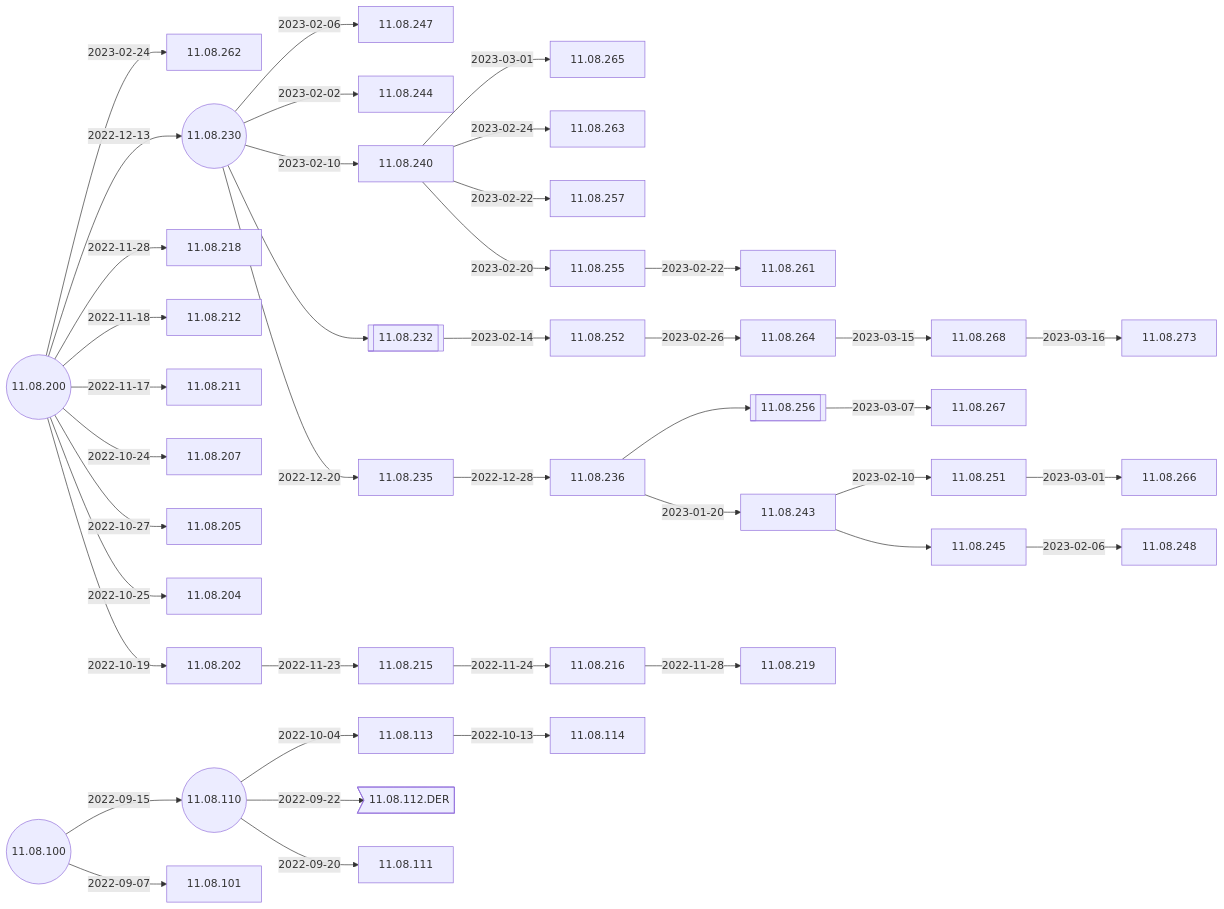
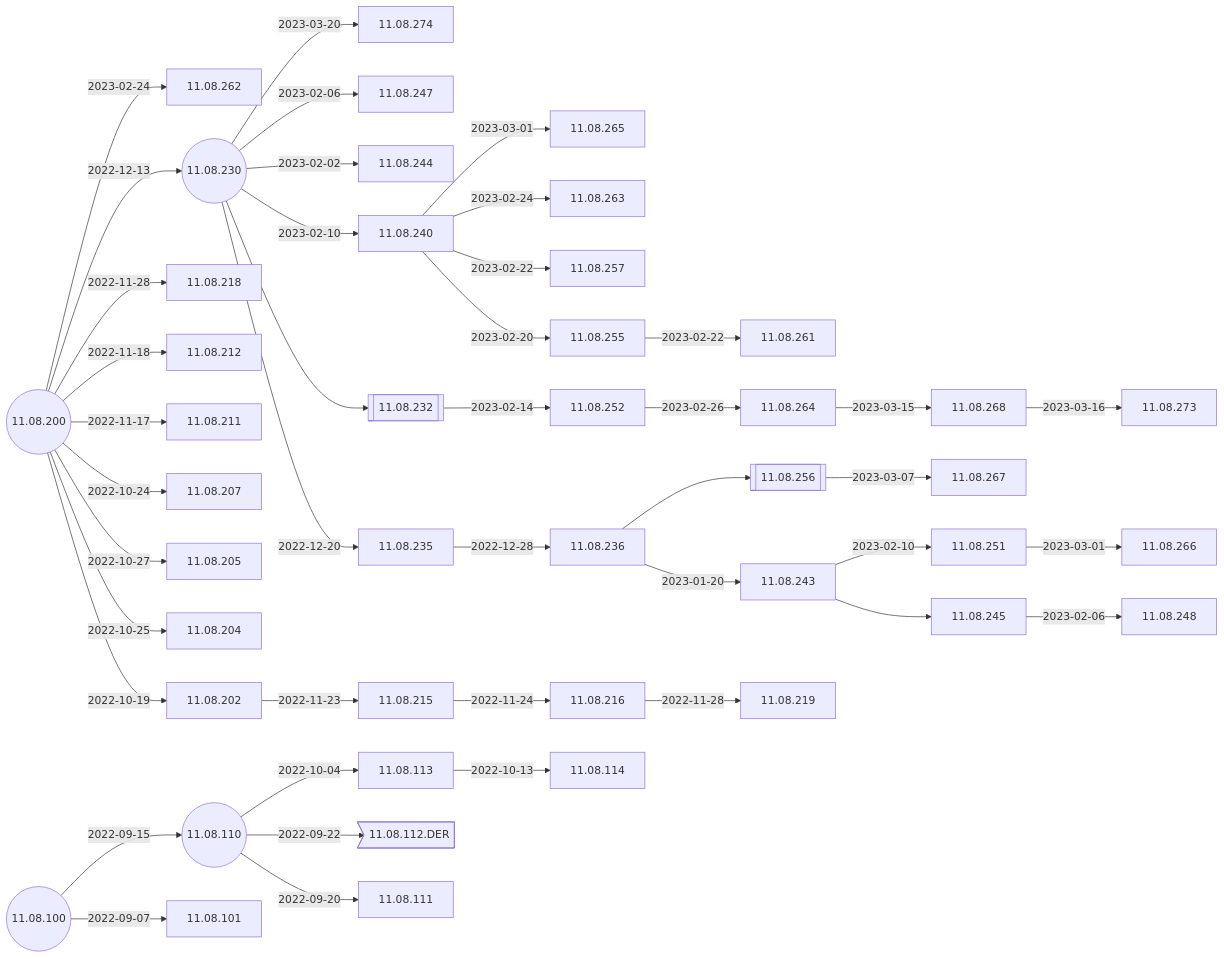
Before and after one commit to IGEL-Community/IGEL-Docs-v02: the second of 4 diagrams in docs/Docs/ReleaseNotes/01-OS11/README.md, drawn with Mermaid. The commit also changed 2 other files, not shown here.

Commit message:
11.08.274 <- 11.08.230 (RDP/IGEL RDP Client 2)

````diff
--- a/docs/Docs/ReleaseNotes/01-OS11/README.md
+++ b/docs/Docs/ReleaseNotes/01-OS11/README.md
@@ -39,59 +39,61 @@
 ```mermaid
 flowchart LR
+    11.08.230-- 2023-03-20 -->11.08.274
     11.08.236-->11.08.256[[11.08.256]]-- 2023-03-07 -->11.08.267
     11.08.240-- 2023-03-01 -->11.08.265 
     11.08.252-- 2023-02-26 -->11.08.264-- 2023-03-15 -->11.08.268-- 2023-03-16 -->11.08.273
     11.08.200-- 2023-02-24 -->11.08.262
     11.08.243-- 2023-02-10 -->11.08.251-- 2023-03-01 -->11.08.266
     11.08.230-- 2023-02-06 -->11.08.247
     11.08.230-- 2023-02-02 -->11.08.244
     11.08.240-- 2023-02-24 -->11.08.263
     11.08.240-- 2023-02-22 -->11.08.257
     11.08.240-- 2023-02-20 -->11.08.255-- 2023-02-22 -->11.08.261
     11.08.230-- 2023-02-10 -->11.08.240
     11.08.230((11.08.230))-->11.08.232[[11.08.232]]-- 2023-02-14 -->11.08.252
     11.08.200-- 2022-12-13 -->11.08.230-- 2022-12-20 -->11.08.235-- 2022-12-28 -->11.08.236-- 2023-01-20 -->11.08.243-->11.08.245-- 2023-02-06 -->11.08.248
     11.08.200-- 2022-11-28 -->11.08.218
     11.08.200-- 2022-11-18 -->11.08.212
     11.08.200-- 2022-11-17 -->11.08.211
     11.08.200-- 2022-10-24 -->11.08.207
     11.08.200-- 2022-10-27 -->11.08.205
     11.08.200-- 2022-10-25 -->11.08.204
     11.08.200((11.08.200))-- 2022-10-19 -->11.08.202-- 2022-11-23 -->11.08.215-- 2022-11-24 -->11.08.216-- 2022-11-28 -->11.08.219
     11.08.110-- 2022-10-04 -->11.08.113-- 2022-10-13 -->11.08.114
     11.08.110((11.08.110))-- 2022-09-22 -->11.08.112.DER>11.08.112.DER]
     11.08.100-- 2022-09-15 -->11.08.110-- 2022-09-20 -->11.08.111
     11.08.100((11.08.100))-- 2022-09-07 -->11.08.101
+    click 11.08.274 "https://github.com/IGEL-Community/IGEL-Docs-v02/tree/main/docs/Docs/ReleaseNotes/01-OS11/readme11.08.274.txt" _blank
     click 11.08.273 "https://github.com/IGEL-Community/IGEL-Docs-v02/tree/main/docs/Docs/ReleaseNotes/01-OS11/readme11.08.273.txt" _blank
     click 11.08.268 "https://github.com/IGEL-Community/IGEL-Docs-v02/tree/main/docs/Docs/ReleaseNotes/01-OS11/readme11.08.268.txt" _blank
     click 11.08.267 "https://github.com/IGEL-Community/IGEL-Docs-v02/tree/main/docs/Docs/ReleaseNotes/01-OS11/readme11.08.267.txt" _blank
     click 11.08.266 "https://github.com/IGEL-Community/IGEL-Docs-v02/tree/main/docs/Docs/ReleaseNotes/01-OS11/readme11.08.266.txt" _blank
     click 11.08.265 "https://github.com/IGEL-Community/IGEL-Docs-v02/tree/main/docs/Docs/ReleaseNotes/01-OS11/readme11.08.265.txt" _blank
     click 11.08.264 "https://github.com/IGEL-Community/IGEL-Docs-v02/tree/main/docs/Docs/ReleaseNotes/01-OS11/readme11.08.264.txt" _blank
     click 11.08.263 "https://github.com/IGEL-Community/IGEL-Docs-v02/tree/main/docs/Docs/ReleaseNotes/01-OS11/readme11.08.263.txt" _blank
     click 11.08.262 "https://github.com/IGEL-Community/IGEL-Docs-v02/tree/main/docs/Docs/ReleaseNotes/01-OS11/readme11.08.262.txt" _blank
     click 11.08.261 "https://github.com/IGEL-Community/IGEL-Docs-v02/tree/main/docs/Docs/ReleaseNotes/01-OS11/readme11.08.261.txt" _blank
     click 11.08.257 "https://github.com/IGEL-Community/IGEL-Docs-v02/tree/main/docs/Docs/ReleaseNotes/01-OS11/readme11.08.257.txt" _blank
     click 11.08.255 "https://github.com/IGEL-Community/IGEL-Docs-v02/tree/main/docs/Docs/ReleaseNotes/01-OS11/readme11.08.255.txt" _blank
     click 11.08.252 "https://github.com/IGEL-Community/IGEL-Docs-v02/tree/main/docs/Docs/ReleaseNotes/01-OS11/readme11.08.252.txt" _blank
     click 11.08.251 "https://github.com/IGEL-Community/IGEL-Docs-v02/tree/main/docs/Docs/ReleaseNotes/01-OS11/readme11.08.251.txt" _blank
     click 11.08.248 "https://github.com/IGEL-Community/IGEL-Docs-v02/tree/main/docs/Docs/ReleaseNotes/01-OS11/readme11.08.248.txt" _blank
     click 11.08.247 "https://github.com/IGEL-Community/IGEL-Docs-v02/tree/main/docs/Docs/ReleaseNotes/01-OS11/readme11.08.247.txt" _blank
     click 11.08.244 "https://github.com/IGEL-Community/IGEL-Docs-v02/tree/main/docs/Docs/ReleaseNotes/01-OS11/readme11.08.244.txt" _blank
     click 11.08.243 "https://github.com/IGEL-Community/IGEL-Docs-v02/tree/main/docs/Docs/ReleaseNotes/01-OS11/readme11.08.243.txt" _blank
     click 11.08.240 "https://github.com/IGEL-Community/IGEL-Docs-v02/tree/main/docs/Docs/ReleaseNotes/01-OS11/readme11.08.240.txt" _blank
     click 11.08.236 "https://github.com/IGEL-Community/IGEL-Docs-v02/tree/main/docs/Docs/ReleaseNotes/01-OS11/readme11.08.236.txt" _blank
     click 11.08.235 "https://github.com/IGEL-Community/IGEL-Docs-v02/tree/main/docs/Docs/ReleaseNotes/01-OS11/readme11.08.235.txt" _blank
     click 11.08.230 "https://github.com/IGEL-Community/IGEL-Docs-v02/tree/main/docs/Docs/ReleaseNotes/01-OS11/readme11.08.230.txt" _blank
     click 11.08.219 "https://github.com/IGEL-Community/IGEL-Docs-v02/tree/main/docs/Docs/ReleaseNotes/01-OS11/readme11.08.219.txt" _blank
     click 11.08.218 "https://github.com/IGEL-Community/IGEL-Docs-v02/tree/main/docs/Docs/ReleaseNotes/01-OS11/readme11.08.218.txt" _blank
     click 11.08.216 "https://github.com/IGEL-Community/IGEL-Docs-v02/tree/main/docs/Docs/ReleaseNotes/01-OS11/readme11.08.216.txt" _blank
     click 11.08.215 "https://github.com/IGEL-Community/IGEL-Docs-v02/tree/main/docs/Docs/ReleaseNotes/01-OS11/readme11.08.215.txt" _blank
     click 11.08.212 "https://github.com/IGEL-Community/IGEL-Docs-v02/tree/main/docs/Docs/ReleaseNotes/01-OS11/readme11.08.212.txt" _blank
     click 11.08.211 "https://github.com/IGEL-Community/IGEL-Docs-v02/tree/main/docs/Docs/ReleaseNotes/01-OS11/readme11.08.211.txt" _blank
     click 11.08.207 "https://github.com/IGEL-Community/IGEL-Docs-v02/tree/main/docs/Docs/ReleaseNotes/01-OS11/readme11.08.207.txt" _blank
     click 11.08.205 "https://github.com/IGEL-Community/IGEL-Docs-v02/tree/main/docs/Docs/ReleaseNotes/01-OS11/readme11.08.205.txt" _blank
     click 11.08.204 "https://github.com/IGEL-Community/IGEL-Docs-v02/tree/main/docs/Docs/ReleaseNotes/01-OS11/readme11.08.204.txt" _blank
     click 11.08.202 "https://github.com/IGEL-Community/IGEL-Docs-v02/tree/main/docs/Docs/ReleaseNotes/01-OS11/readme11.08.202.txt" _blank
     click 11.08.200 "https://github.com/IGEL-Community/IGEL-Docs-v02/tree/main/docs/Docs/ReleaseNotes/01-OS11/readme11.08.200.txt" _blank
 ```
````
